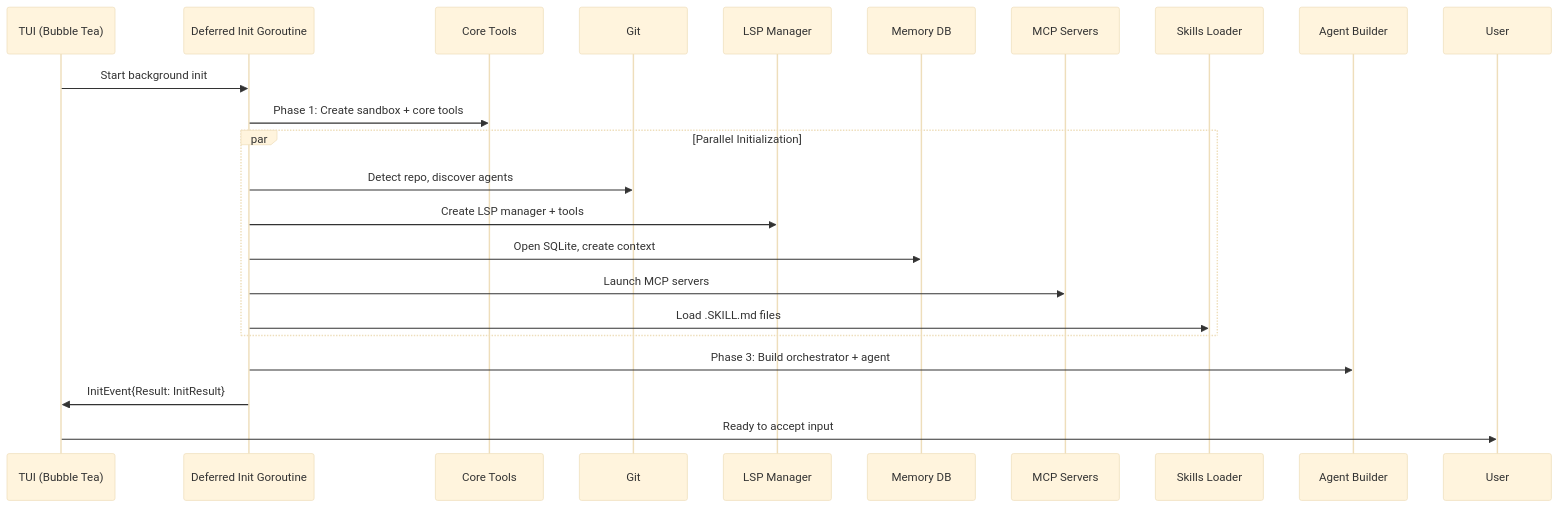
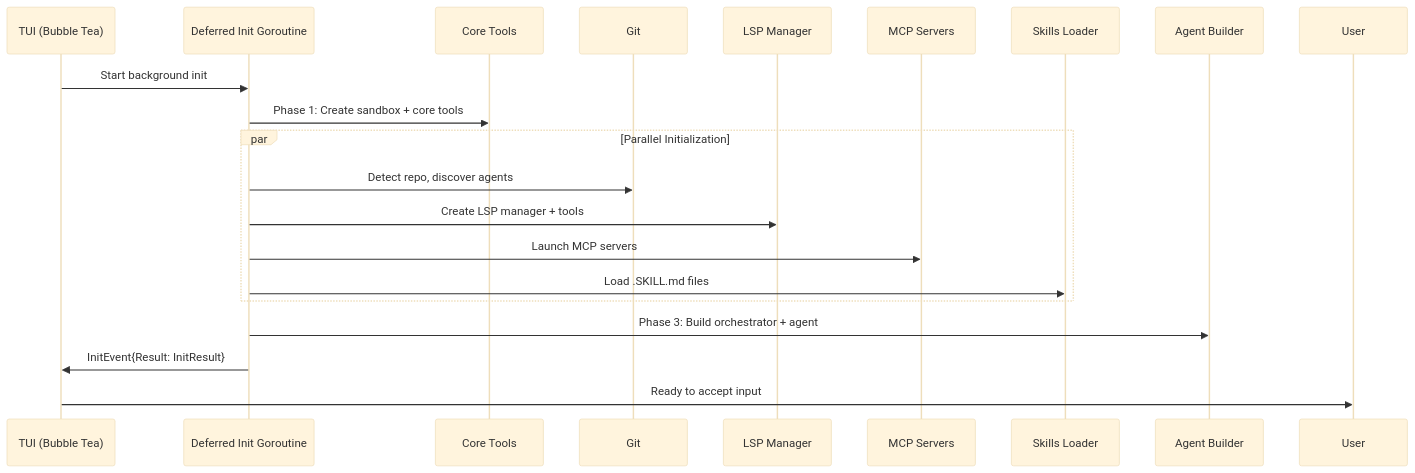
Before and after one commit to Pizzaface/pi-go: the eighth of 14 diagrams in ARCHITECTURE.md, drawn with Mermaid (base theme). The commit also changed other lines of this file and 10 other files, not shown here.

````diff
--- a/ARCHITECTURE.md
+++ b/ARCHITECTURE.md
@@ -378,25 +372,23 @@
 ```mermaid
 sequenceDiagram
     participant TUI as TUI (Bubble Tea)
     participant Init as Deferred Init Goroutine
     participant Tools as Core Tools
     participant Git as Git
     participant LSP as LSP Manager
-    participant Mem as Memory DB
     participant MCP as MCP Servers
     participant Skills as Skills Loader
     participant Agent as Agent Builder
 
     TUI->>Init: Start background init
     Init->>Tools: Phase 1: Create sandbox + core tools
     par Parallel Initialization
         Init->>Git: Detect repo, discover agents
         Init->>LSP: Create LSP manager + tools
-        Init->>Mem: Open SQLite, create context
         Init->>MCP: Launch MCP servers
         Init->>Skills: Load .SKILL.md files
     end
     Init->>Agent: Phase 3: Build orchestrator + agent
     Init->>TUI: InitEvent{Result: InitResult}
     TUI->>User: Ready to accept input
 ```
````
